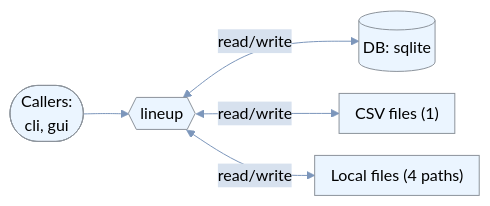
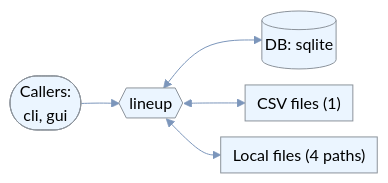
One commit to johnzastrow/Roux7375Testresults changed diagram 13 of 42 in outputs/johnzastrow_Summary.md. Above: the diagram before and after it, drawn with Mermaid. The commit also changed other lines of this file, not shown here.

First line of the commit message:
Enlarge data flow diagram text for letter-size printing

````diff
--- a/outputs/johnzastrow_Summary.md
+++ b/outputs/johnzastrow_Summary.md
@@ -1127,13 +1127,13 @@
 ```mermaid
-%%{init: {"theme":"base","flowchart":{"useMaxWidth":true,"nodeSpacing":22,"rankSpacing":45,"padding":8},"themeVariables":{"background":"#ffffff","primaryColor":"#ebf5ff","primaryTextColor":"#000000","primaryBorderColor":"#8c939b","lineColor":"#7c96bb","secondaryColor":"#d7e1ee","tertiaryColor":"#c3d2e5","fontFamily":"\"Inter\", \"Noto Sans SC\", sans-serif","fontSize":"14","pie1":"#b4413c","pie2":"#d9893b","pie3":"#7c96bb","pie4":"#73A78D","pie5":"#CB9B7A","pie6":"#6B8CAE","pie7":"#c3d2e5","pie8":"#8c939b"}}}%%
+%%{init: {"theme":"base","flowchart":{"useMaxWidth":true,"nodeSpacing":16,"rankSpacing":38,"padding":6},"themeVariables":{"background":"#ffffff","primaryColor":"#ebf5ff","primaryTextColor":"#000000","primaryBorderColor":"#8c939b","lineColor":"#7c96bb","secondaryColor":"#d7e1ee","tertiaryColor":"#c3d2e5","fontFamily":"\"Inter\", \"Noto Sans SC\", sans-serif","fontSize":"17","pie1":"#b4413c","pie2":"#d9893b","pie3":"#7c96bb","pie4":"#73A78D","pie5":"#CB9B7A","pie6":"#6B8CAE","pie7":"#c3d2e5","pie8":"#8c939b"}}}%%
 flowchart LR
     APP{{"lineup"}}
     U(["Callers:<br>cli, gui"]) --> APP
     D1[("DB: sqlite")]
-    APP <-->|read/write| D1
+    APP <--> D1
     O2["CSV files (1)"]
-    APP <-->|read/write| O2
+    APP <--> O2
     F3["Local files (4 paths)"]
-    APP <-->|read/write| F3
+    APP <--> F3
     classDef ext fill:#fdecea,stroke:#b4413c,stroke-width:2px,color:#000000
 ```
````
